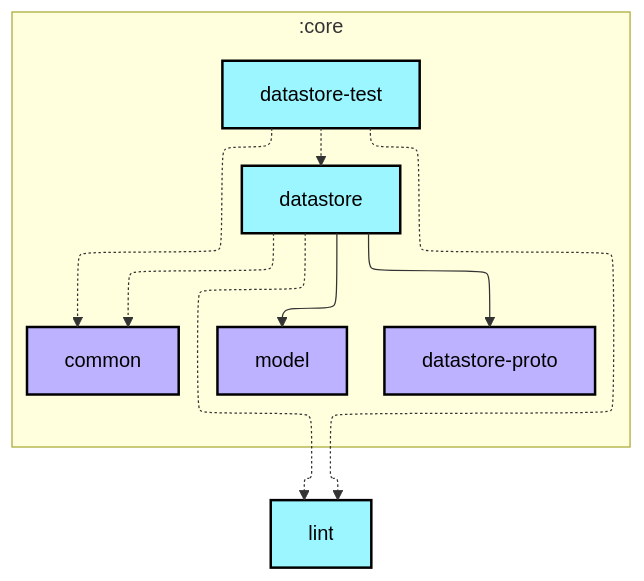
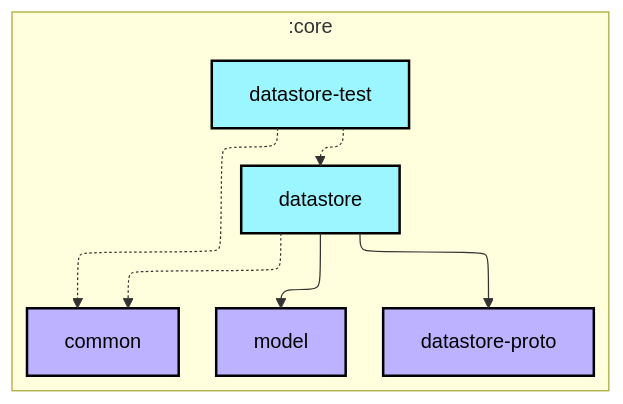
Before and after one commit to android/nowinandroid: the first of 2 diagrams in core/datastore-test/README.md, drawn with Mermaid. The commit also changed 30 other files, not shown here.

````diff
--- a/core/datastore-test/README.md
+++ b/core/datastore-test/README.md
@@ -6,33 +6,30 @@
 ```mermaid
 ---
 config:
   layout: elk
   elk:
     nodePlacementStrategy: SIMPLE
 ---
 graph TB
   subgraph :core
     direction TB
     :core:common[common]:::jvm-library
     :core:datastore[datastore]:::android-library
     :core:datastore-proto[datastore-proto]:::jvm-library
     :core:datastore-test[datastore-test]:::android-library
     :core:model[model]:::jvm-library
   end
-  :lint[lint]:::android-library
 
   :core:datastore -.-> :core:common
   :core:datastore --> :core:datastore-proto
   :core:datastore --> :core:model
-  :core:datastore -.-> :lint
   :core:datastore-test -.-> :core:common
   :core:datastore-test -.-> :core:datastore
-  :core:datastore-test -.-> :lint
 
 classDef android-application fill:#CAFFBF,stroke:#000,stroke-width:2px,color:#000;
 classDef android-feature fill:#FFD6A5,stroke:#000,stroke-width:2px,color:#000;
 classDef android-library fill:#9BF6FF,stroke:#000,stroke-width:2px,color:#000;
 classDef android-test fill:#A0C4FF,stroke:#000,stroke-width:2px,color:#000;
 classDef jvm-library fill:#BDB2FF,stroke:#000,stroke-width:2px,color:#000;
 classDef unknown fill:#FFADAD,stroke:#000,stroke-width:2px,color:#000;
 ```
````
